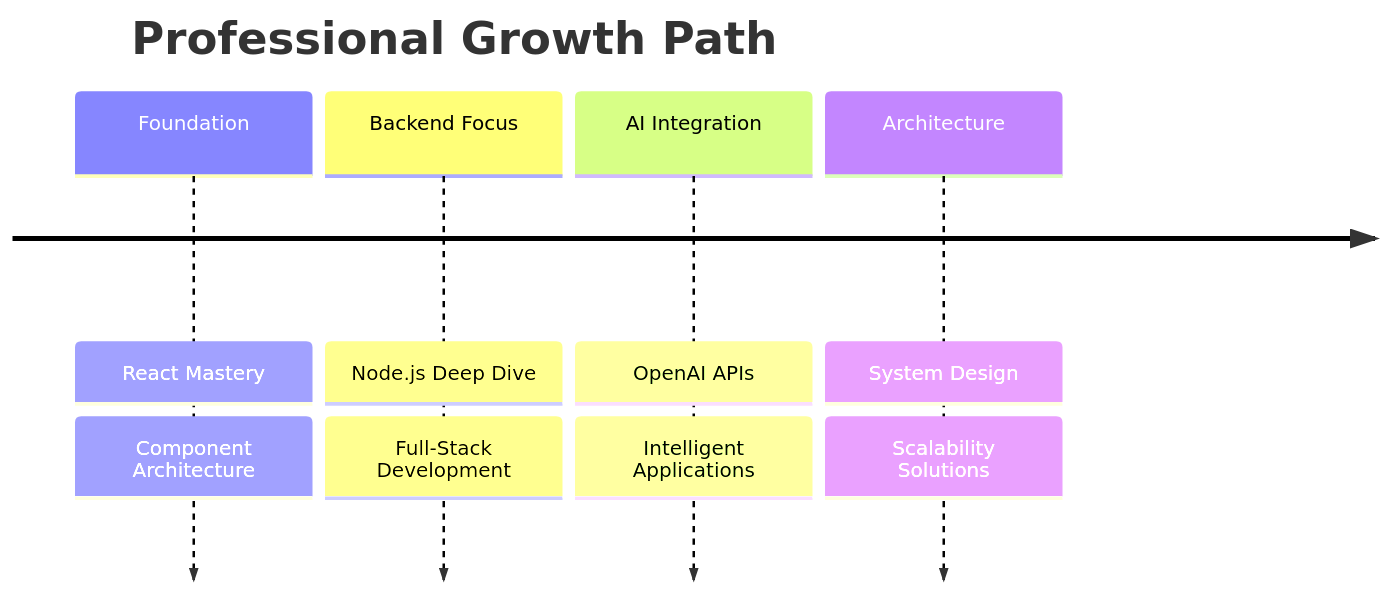
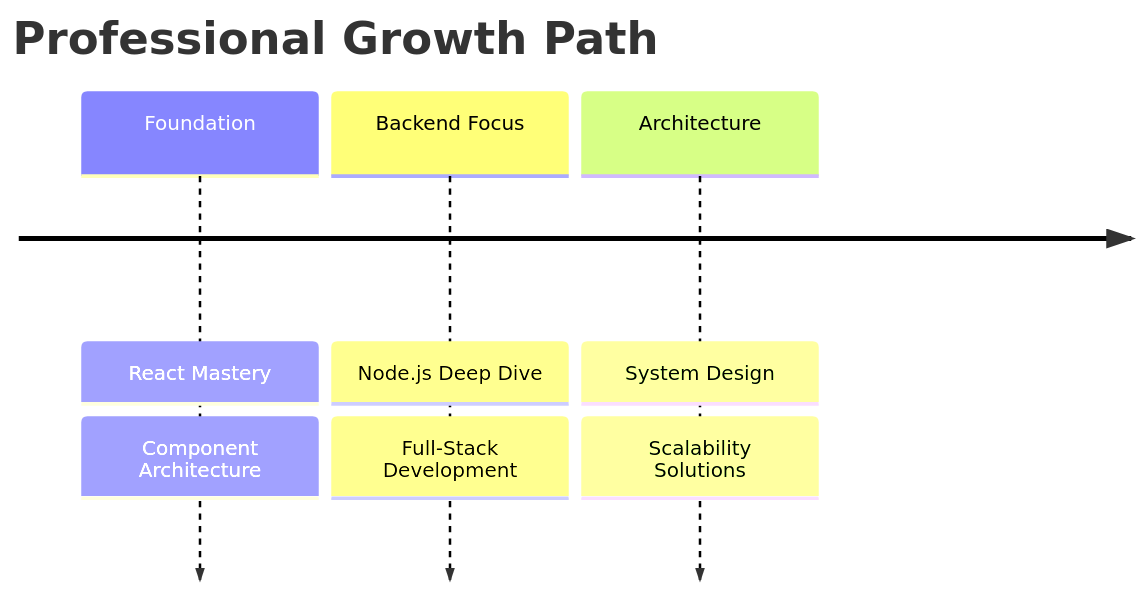
One commit to zahidhussain123/zahidhussain123 changed the second of 2 diagrams in README.md. Above: the diagram before and after it, drawn with Mermaid. The commit also changed other lines of this file, not shown here.

````diff
--- a/README.md
+++ b/README.md
@@ -285,12 +283,10 @@
 ```mermaid
 timeline
     title Professional Growth Path
     Foundation : React Mastery
                : Component Architecture
     Backend Focus : Node.js Deep Dive
                   : Full-Stack Development
-    AI Integration : OpenAI APIs
-                   : Intelligent Applications
     Architecture : System Design
                  : Scalability Solutions
 ```
````
